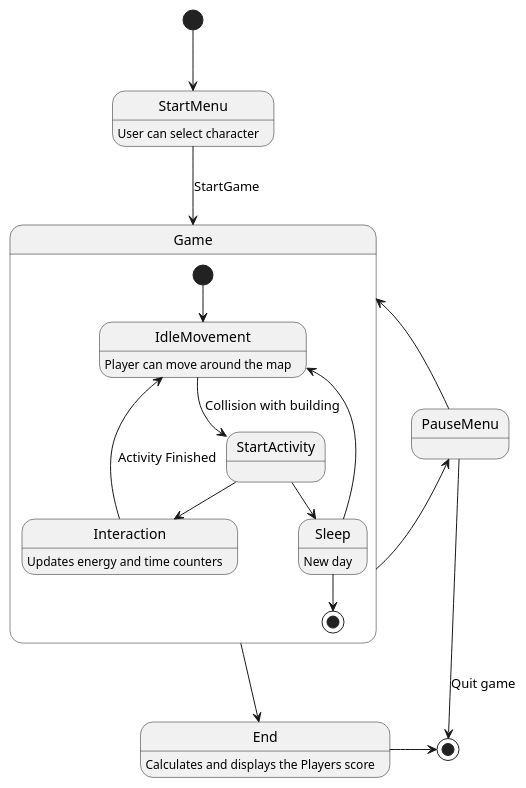
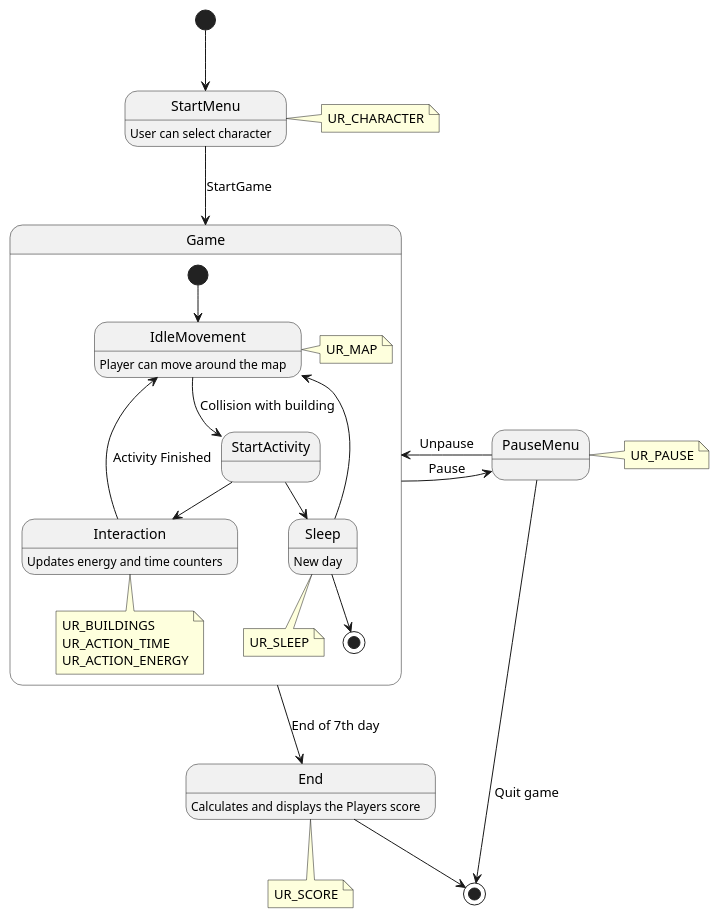
One commit to Mxtt-smith/Group-12-ENG1 changed the diagram in UML_Diagrams/StateDiagram.puml. Above: the diagram before and after it, drawn with PlantUML.

Commit message:
Notes added to state diagram

```diff
--- a/UML_Diagrams/StateDiagram.puml
+++ b/UML_Diagrams/StateDiagram.puml
@@ -1,39 +1,67 @@
 @startuml
 'https://plantuml.com/state-diagram
 
 [*] --> StartMenu
 
 state StartMenu {
     StartMenu: User can select character
 }
 
 state Game{
     [*] --> IdleMovement
 
     IdleMovement: Player can move around the map
 
     IdleMovement --> StartActivity :Collision with building
-    StartActivity --> Interaction
+    StartActivity -down-> Interaction
     StartActivity  --> Sleep
-    Interaction --> IdleMovement:Activity Finished
+    Interaction -up-> IdleMovement:Activity Finished
     Interaction: Updates energy and time counters
     Sleep:New day
     Sleep --> IdleMovement
     Sleep --> [*]
+
+    note bottom of Sleep
+    UR_SLEEP
+    end note
+
+    note bottom of Interaction
+    UR_BUILDINGS
+    UR_ACTION_TIME
+    UR_ACTION_ENERGY
+    end note
+
+    note right of IdleMovement
+    UR_MAP
+    end note
 }
 
 state End{
     End:Calculates and displays the Players score
 }
 
 state PauseMenu{
 
 }
 
-StartMenu --> Game: StartGame
-Game -> PauseMenu
-Game <- PauseMenu
-Game --> End
-End -> [*]
-PauseMenu --> [*] : Quit game
+StartMenu -down-> Game: StartGame
+Game -> PauseMenu: Pause
+Game <- PauseMenu: Unpause
+Game -down-> End: End of 7th day
+End -down-> [*]
+PauseMenu -down-> [*] : Quit game
+
+note right of StartMenu
+UR_CHARACTER
+end note
+
+note right of PauseMenu
+UR_PAUSE
+end note
+
+note bottom of End
+UR_SCORE
+end note
+
+
 @enduml
```
